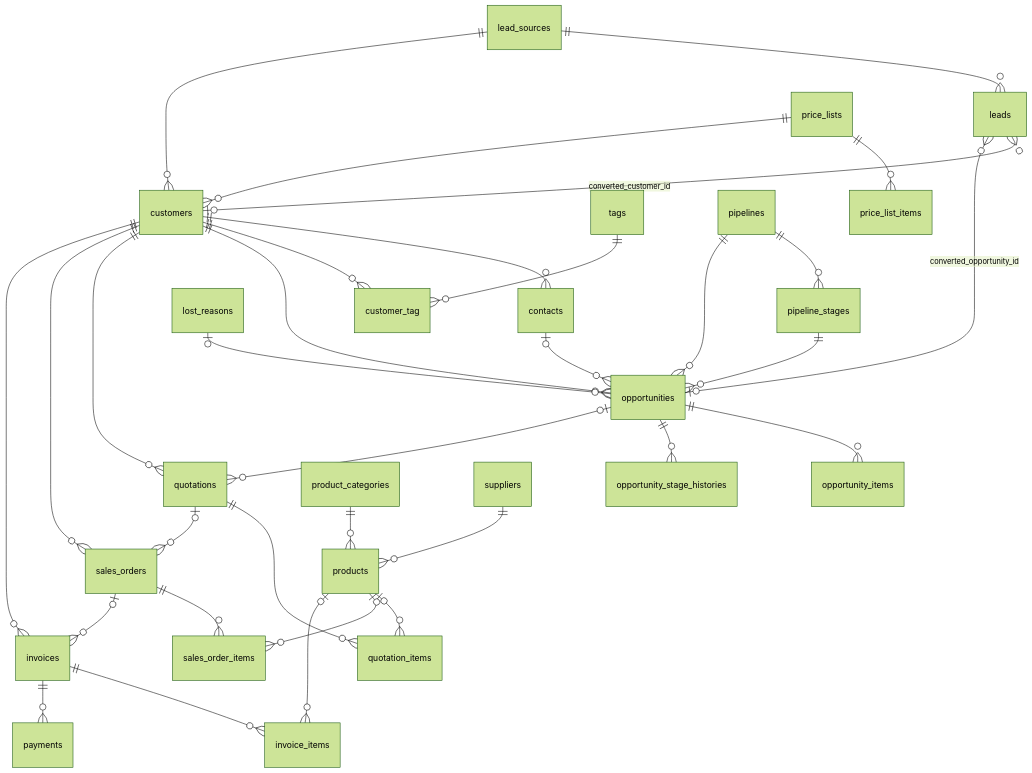
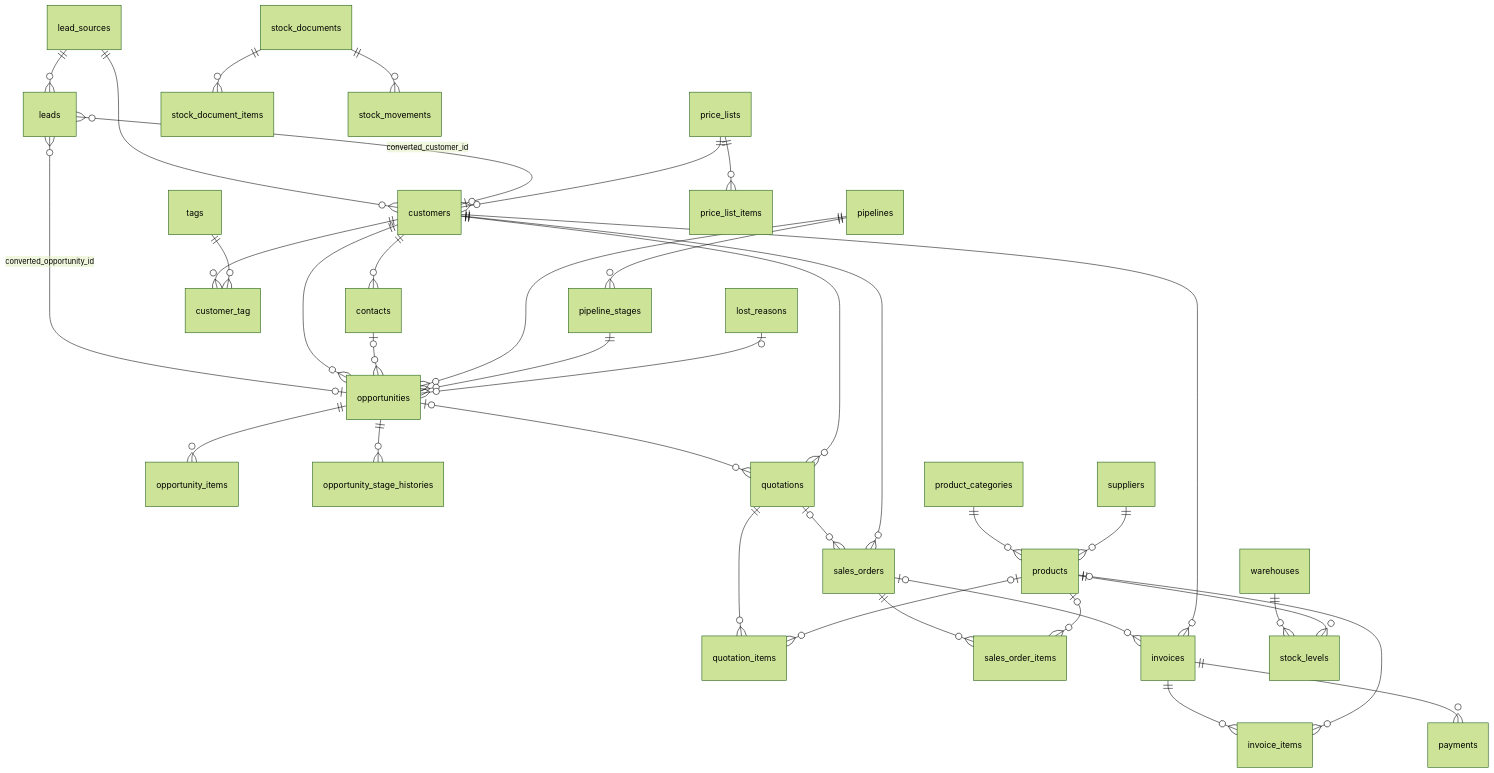
One commit to phuc-ltp/top-crm changed the second of 3 diagrams in docs/DATABASE.md. Above: the diagram before and after it, drawn with Mermaid (forest theme). The commit also changed other lines of this file and 36 other files, not shown here.

````diff
--- a/docs/DATABASE.md
+++ b/docs/DATABASE.md
@@ -42,35 +42,39 @@
 ```mermaid
 erDiagram
     lead_sources ||--o{ leads : ""
     lead_sources ||--o{ customers : ""
     leads }o--o| customers : "converted_customer_id"
     leads }o--o| opportunities : "converted_opportunity_id"
     customers ||--o{ contacts : ""
     customers ||--o{ customer_tag : ""
     tags ||--o{ customer_tag : ""
     customers ||--o{ opportunities : ""
     contacts |o--o{ opportunities : ""
     pipelines ||--o{ pipeline_stages : ""
     pipelines ||--o{ opportunities : ""
     pipeline_stages ||--o{ opportunities : ""
     opportunities ||--o{ opportunity_items : ""
     lost_reasons |o--o{ opportunities : ""
     opportunities ||--o{ opportunity_stage_histories : ""
     opportunities |o--o{ quotations : ""
     customers ||--o{ quotations : ""
     quotations ||--o{ quotation_items : ""
     quotations |o--o{ sales_orders : ""
     customers ||--o{ sales_orders : ""
     sales_orders ||--o{ sales_order_items : ""
     sales_orders |o--o{ invoices : ""
     customers ||--o{ invoices : ""
     invoices ||--o{ invoice_items : ""
     invoices ||--o{ payments : ""
     product_categories ||--o{ products : ""
     suppliers ||--o{ products : ""
     price_lists ||--o{ price_list_items : ""
     price_lists ||--o{ customers : ""
+    warehouses ||--o{ stock_levels : ""
+    products ||--o{ stock_levels : ""
+    stock_documents ||--o{ stock_document_items : ""
+    stock_documents ||--o{ stock_movements : ""
     products |o--o{ quotation_items : ""
     products |o--o{ sales_order_items : ""
     products |o--o{ invoice_items : ""
 ```
````
